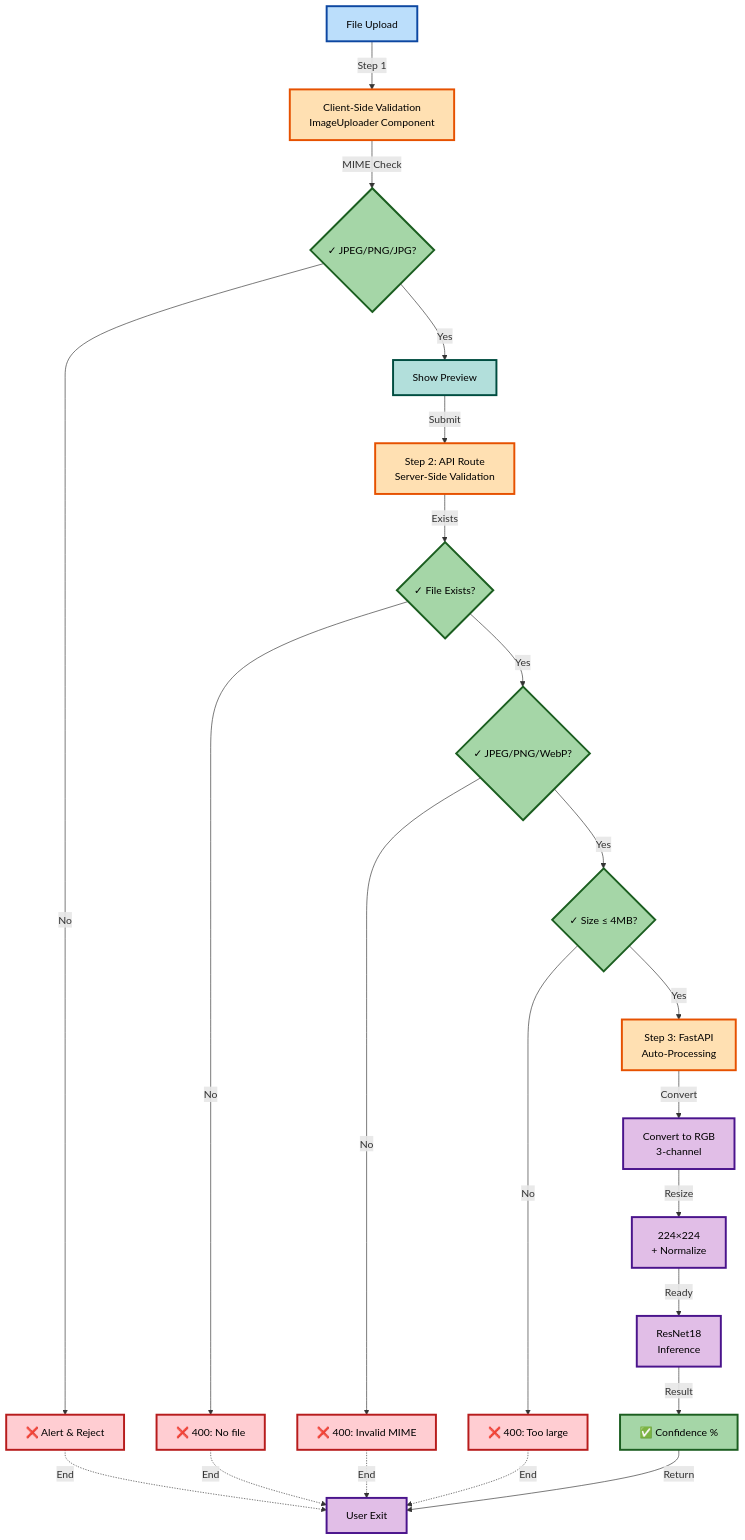
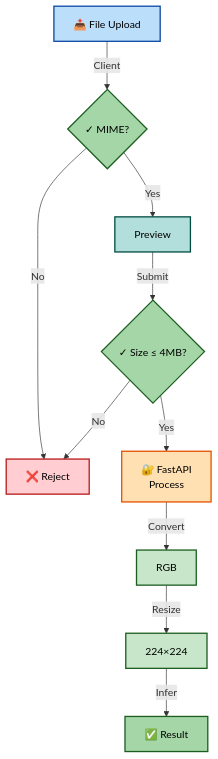
The fifth of 6 diagrams in DOCUMENTATION.md (itssmdsh/MediScan), drawn with Mermaid before and after one commit.

````diff
--- a/DOCUMENTATION.md
+++ b/DOCUMENTATION.md
@@ -354,49 +354,22 @@
 ```mermaid
 graph TD
-    Upload["File Upload"] -->|Step 1| LocalValidate["Client-Side Validation<br/>ImageUploader Component"]
-    LocalValidate -->|MIME Check| AllowedMIME1{"✓ JPEG/PNG/JPG?"}
-    AllowedMIME1 -->|Yes| Preview["Show Preview"]
-    AllowedMIME1 -->|No| Reject1["❌ Alert & Reject"]
+    A["📤 File Upload"] -->|Client| B{"✓ MIME?"}
+    B -->|Yes| C["Preview"]
+    B -->|No| E["❌ Reject"]
+    C -->|Submit| D{"✓ Size ≤ 4MB?"}
+    D -->|Yes| F["🔐 FastAPI<br/>Process"]
+    D -->|No| E
+    F -->|Convert| G["RGB"]
+    G -->|Resize| H["224×224"]
+    H -->|Infer| I["✅ Result"]
     
-    Preview -->|Submit| Step2["Step 2: API Route<br/>Server-Side Validation"]
-    Reject1 -.->|End| User["User Exit"]
-    
-    Step2 -->|Exists| FileCheck{"✓ File Exists?"}
-    FileCheck -->|No| Reject2["❌ 400: No file"]
-    
-    FileCheck -->|Yes| MIMECheck{"✓ JPEG/PNG/WebP?"}
-    MIMECheck -->|No| Reject3["❌ 400: Invalid MIME"]
-    
-    MIMECheck -->|Yes| SizeCheck{"✓ Size ≤ 4MB?"}
-    SizeCheck -->|No| Reject4["❌ 400: Too large"]
-    
-    SizeCheck -->|Yes| Step3["Step 3: FastAPI<br/>Auto-Processing"]
-    Reject2 -.->|End| User
-    Reject3 -.->|End| User
-    Reject4 -.->|End| User
-    
-    Step3 -->|Convert| RGB["Convert to RGB<br/>3-channel"]
-    RGB -->|Resize| Normalize["224×224<br/>+ Normalize"]
-    Normalize -->|Ready| Model["ResNet18<br/>Inference"]
-    Model -->|Result| Success["✅ Confidence %"]
-    Success -->|Return| User
-    
-    style AllowedMIME1 fill:#a5d6a7,stroke:#1b5e20,stroke-width:3px,color:#000
-    style FileCheck fill:#a5d6a7,stroke:#1b5e20,stroke-width:3px,color:#000
-    style MIMECheck fill:#a5d6a7,stroke:#1b5e20,stroke-width:3px,color:#000
-    style SizeCheck fill:#a5d6a7,stroke:#1b5e20,stroke-width:3px,color:#000
-    style Reject1 fill:#ffcdd2,stroke:#b71c1c,stroke-width:3px,color:#000
-    style Reject2 fill:#ffcdd2,stroke:#b71c1c,stroke-width:3px,color:#000
-    style Reject3 fill:#ffcdd2,stroke:#b71c1c,stroke-width:3px,color:#000
-    style Reject4 fill:#ffcdd2,stroke:#b71c1c,stroke-width:3px,color:#000
-    style Success fill:#a5d6a7,stroke:#1b5e20,stroke-width:3px,color:#000
-    style Upload fill:#bbdefb,stroke:#0d47a1,stroke-width:3px,color:#000
-    style LocalValidate fill:#ffe0b2,stroke:#e65100,stroke-width:3px,color:#000
-    style Step2 fill:#ffe0b2,stroke:#e65100,stroke-width:3px,color:#000
-    style Step3 fill:#ffe0b2,stroke:#e65100,stroke-width:3px,color:#000
-    style Preview fill:#b2dfdb,stroke:#004d40,stroke-width:3px,color:#000
-    style RGB fill:#e1bee7,stroke:#4a148c,stroke-width:3px,color:#000
-    style Normalize fill:#e1bee7,stroke:#4a148c,stroke-width:3px,color:#000
-    style Model fill:#e1bee7,stroke:#4a148c,stroke-width:3px,color:#000
-    style User fill:#e1bee7,stroke:#4a148c,stroke-width:3px,color:#000
+    style A fill:#bbdefb,stroke:#0d47a1,stroke-width:2px,color:#000
+    style B fill:#a5d6a7,stroke:#1b5e20,stroke-width:2px,color:#000
+    style D fill:#a5d6a7,stroke:#1b5e20,stroke-width:2px,color:#000
+    style C fill:#b2dfdb,stroke:#004d40,stroke-width:2px,color:#000
+    style E fill:#ffcdd2,stroke:#b71c1c,stroke-width:2px,color:#000
+    style F fill:#ffe0b2,stroke:#e65100,stroke-width:2px,color:#000
+    style G fill:#c8e6c9,stroke:#1b5e20,stroke-width:2px,color:#000
+    style H fill:#c8e6c9,stroke:#1b5e20,stroke-width:2px,color:#000
+    style I fill:#a5d6a7,stroke:#1b5e20,stroke-width:2px,color:#000
 ```
````
